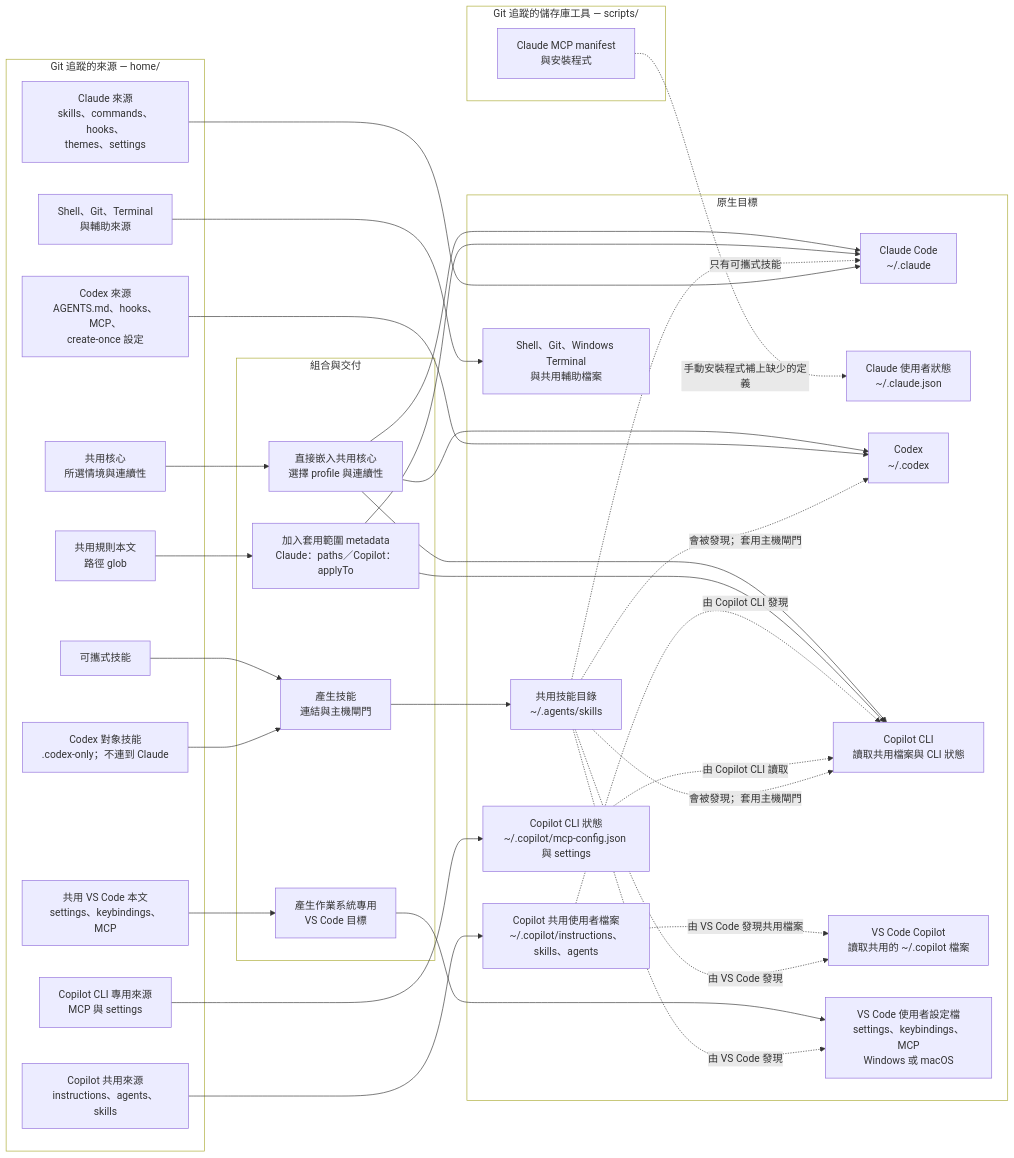
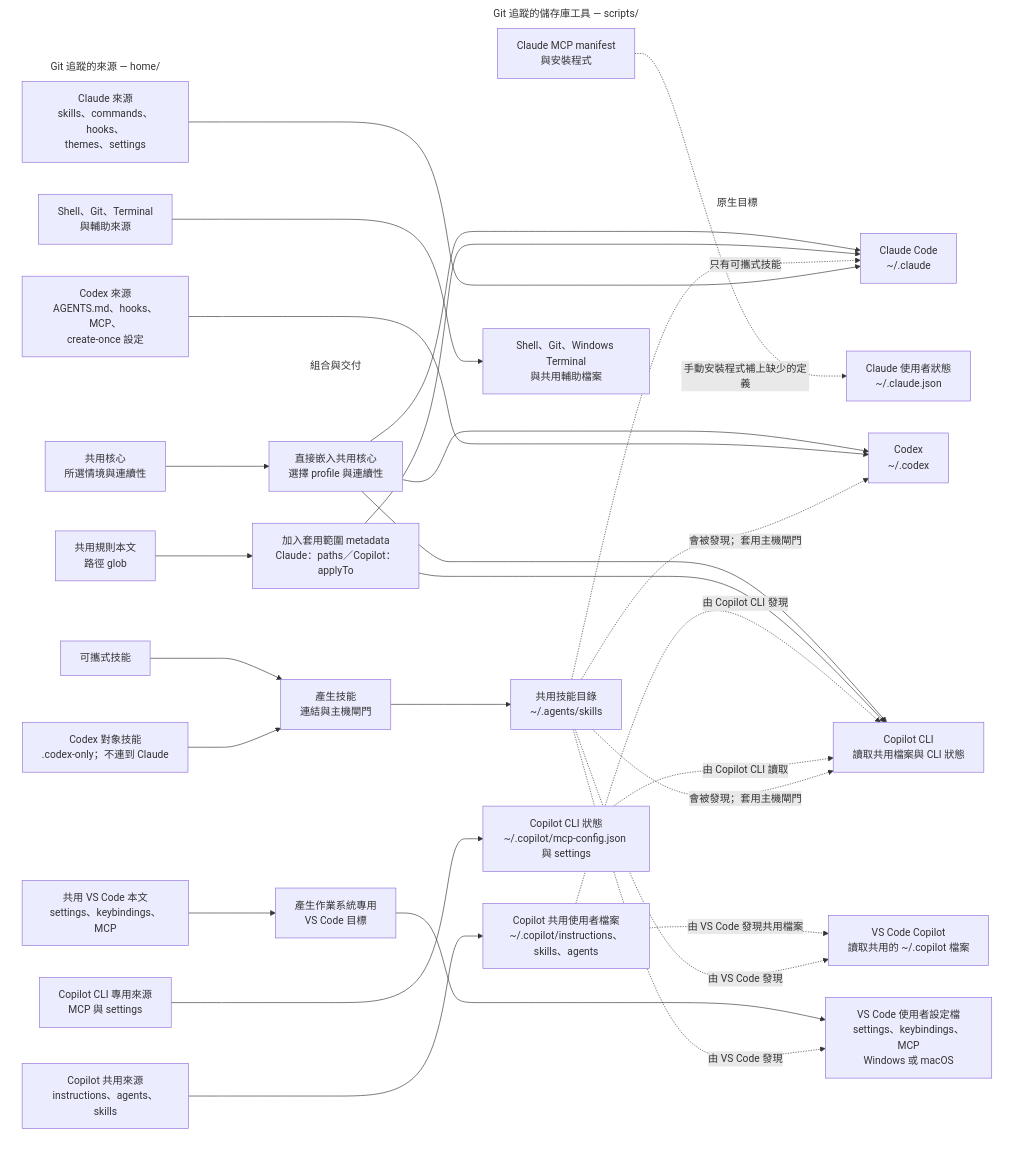
One commit to sherrilla71940/personal-agentic-dev-environment changed the first of 4 diagrams in README.zh-TW.md. Above: the diagram before and after it, drawn with Mermaid. The commit also changed other lines of this file and 1 other file, not shown here.

Commit message:
docs(readme): add continuity lifecycle diagram

````diff
--- a/README.zh-TW.md
+++ b/README.zh-TW.md
@@ -52,71 +52,76 @@
 ```mermaid
 %%{init: {"themeVariables": {"clusterBkg": "transparent"}, "flowchart": {"useMaxWidth": false}}}%%
 flowchart LR
     subgraph source["Git 追蹤的來源 — home/"]
         core["共用核心<br/>所選情境與連續性"]
         rules["共用規則本文<br/>路徑 glob"]
         portableSkills["可攜式技能"]
         codexSkills["Codex 對象技能<br/>.codex-only；不連到 Claude"]
         claudeNative["Claude 來源<br/>skills、commands、hooks、<br/>themes、settings"]
         codexNative["Codex 來源<br/>AGENTS.md、hooks、MCP、<br/>create-once 設定"]
         copilotNative["Copilot 共用來源<br/>instructions、agents、skills"]
         copilotCliNative["Copilot CLI 專用來源<br/>MCP 與 settings"]
         vscodeBody["共用 VS Code 本文<br/>settings、keybindings、MCP"]
         platform["Shell、Git、Terminal<br/>與輔助來源"]
     end
 
     subgraph tooling["Git 追蹤的儲存庫工具 — scripts/"]
         claudeMcp["Claude MCP manifest<br/>與安裝程式"]
     end
 
     subgraph render["組合與交付"]
         instructionAdapters["直接嵌入共用核心<br/>選擇 profile 與連續性"]
         ruleAdapters["加入套用範圍 metadata<br/>Claude：paths／Copilot：applyTo"]
         skillDelivery["產生技能<br/>連結與主機閘門"]
         osAdapters["產生作業系統專用<br/>VS Code 目標"]
     end
 
     subgraph targets["原生目標"]
         claude["Claude Code<br/>~/.claude"]
         claudeState["Claude 使用者狀態<br/>~/.claude.json"]
         codex["Codex<br/>~/.codex"]
         copilotFiles["Copilot 共用使用者檔案<br/>~/.copilot/instructions、skills、agents"]
         copilotCli["Copilot CLI<br/>讀取共用檔案與 CLI 狀態"]
         copilotCliState["Copilot CLI 狀態<br/>~/.copilot/mcp-config.json 與 settings"]
         copilotHost["VS Code Copilot<br/>讀取共用的 ~/.copilot 檔案"]
         agents["共用技能目錄<br/>~/.agents/skills"]
         vscode["VS Code 使用者設定檔<br/>settings、keybindings、MCP<br/>Windows 或 macOS"]
         other["Shell、Git、Windows Terminal<br/>與共用輔助檔案"]
     end
 
     core --> instructionAdapters
     instructionAdapters --> claude
     instructionAdapters --> codex
     instructionAdapters --> copilotCli
 
     rules --> ruleAdapters
     ruleAdapters --> claude
     ruleAdapters --> copilotCli
 
     portableSkills --> skillDelivery
     codexSkills --> skillDelivery
     skillDelivery --> agents
     agents -.->|"只有可攜式技能"| claude
 
     claudeNative --> claude
     claudeMcp -.->|"手動安裝程式補上缺少的定義"| claudeState
     codexNative --> codex
     copilotNative --> copilotFiles
     copilotCliNative --> copilotCliState
 
     vscodeBody --> osAdapters --> vscode
     platform --> other
 
     copilotFiles -.->|"由 Copilot CLI 發現"| copilotCli
     copilotFiles -.->|"由 VS Code 發現共用檔案"| copilotHost
     copilotCliState -.->|"由 Copilot CLI 讀取"| copilotCli
     agents -.->|"會被發現；套用主機閘門"| codex
     agents -.->|"會被發現；套用主機閘門"| copilotCli
     agents -.->|"由 VS Code 發現"| copilotHost
     agents -.->|"由 VS Code 發現"| vscode
+
+    style source fill:none,stroke:transparent
+    style tooling fill:none,stroke:transparent
+    style render fill:none,stroke:transparent
+    style targets fill:none,stroke:transparent
 ```
````
